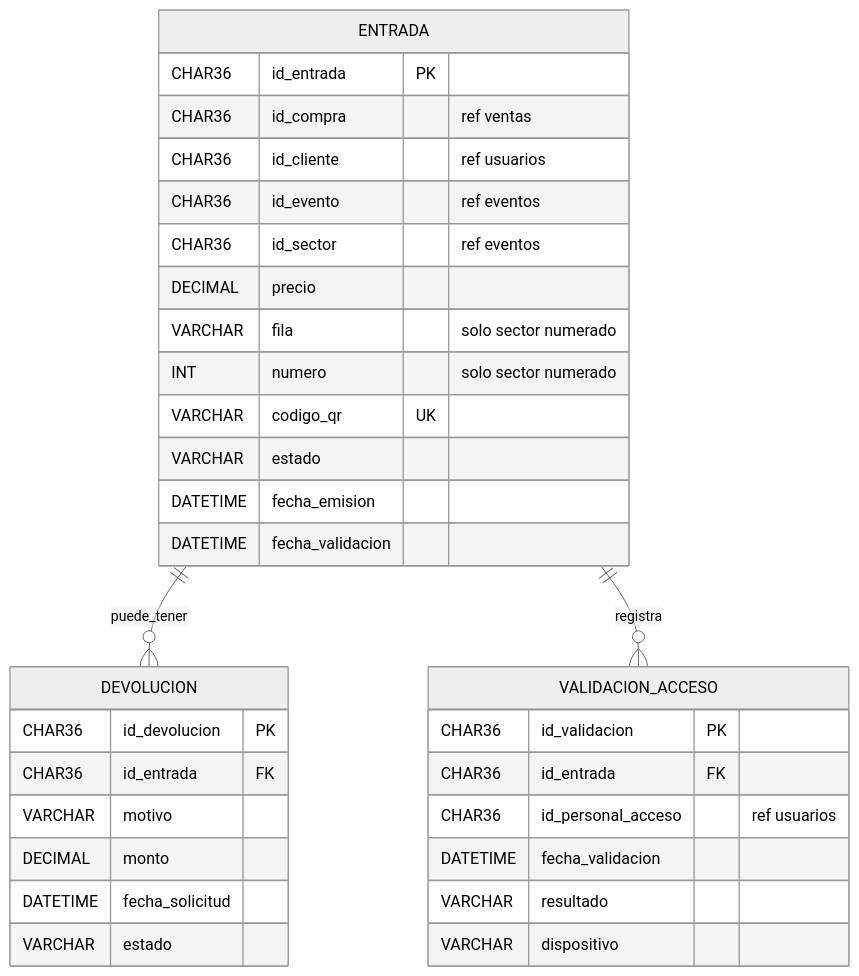
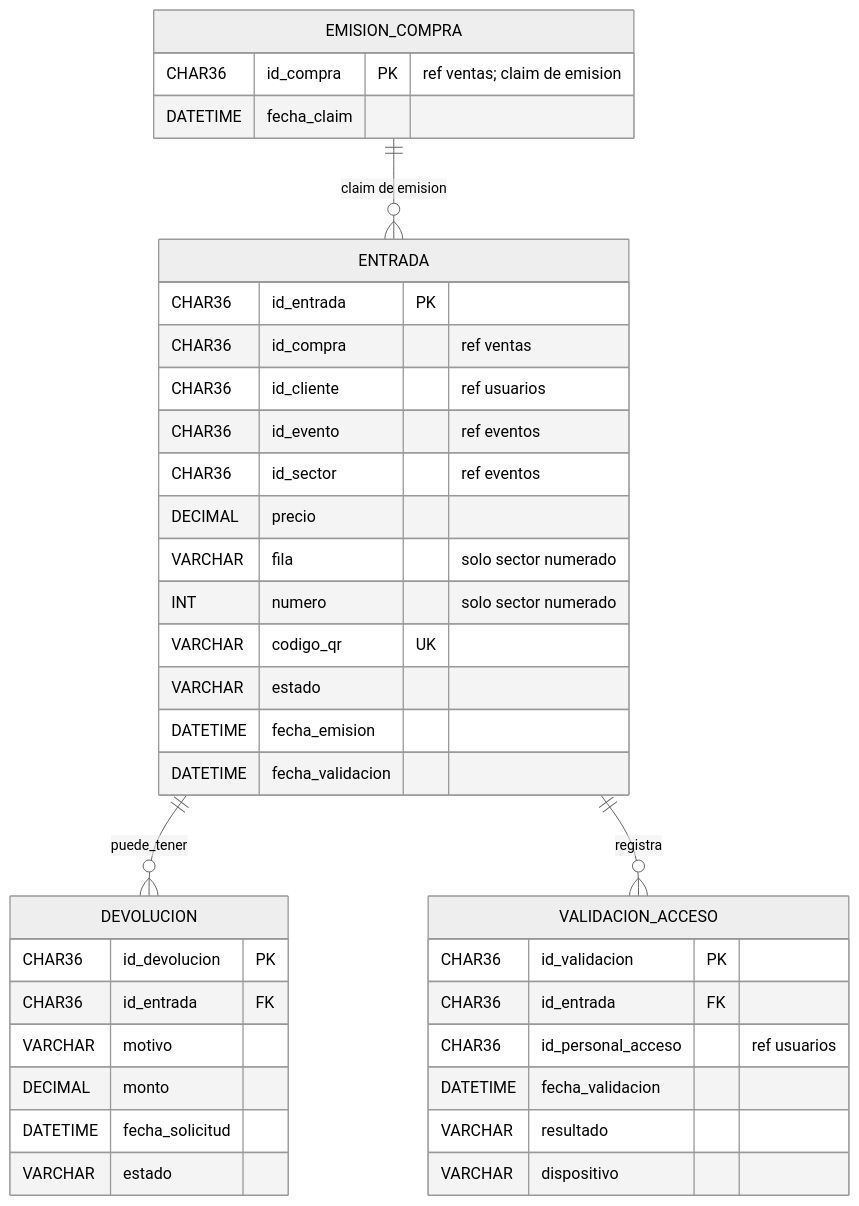
Before and after one commit to florAlar/ticketYa: the fourth of 5 diagrams in Backend/docs/modelo-datos.md, drawn with Mermaid (neutral theme). The commit also changed other lines of this file and 4 other files, not shown here.

````diff
--- a/Backend/docs/modelo-datos.md
+++ b/Backend/docs/modelo-datos.md
@@ -193,36 +193,41 @@
 ```mermaid
 erDiagram
     ENTRADA ||--o{ DEVOLUCION : puede_tener
     ENTRADA ||--o{ VALIDACION_ACCESO : registra
+    EMISION_COMPRA ||--o{ ENTRADA : "claim de emision"
 
+    EMISION_COMPRA {
+        CHAR36 id_compra PK "ref ventas; claim de emision"
+        DATETIME fecha_claim
+    }
     ENTRADA {
         CHAR36 id_entrada PK
         CHAR36 id_compra "ref ventas"
         CHAR36 id_cliente "ref usuarios"
         CHAR36 id_evento "ref eventos"
         CHAR36 id_sector "ref eventos"
         DECIMAL precio
         VARCHAR fila "solo sector numerado"
         INT numero "solo sector numerado"
         VARCHAR codigo_qr UK
         VARCHAR estado
         DATETIME fecha_emision
         DATETIME fecha_validacion
     }
     DEVOLUCION {
         CHAR36 id_devolucion PK
         CHAR36 id_entrada FK
         VARCHAR motivo
         DECIMAL monto
         DATETIME fecha_solicitud
         VARCHAR estado
     }
     VALIDACION_ACCESO {
         CHAR36 id_validacion PK
         CHAR36 id_entrada FK
         CHAR36 id_personal_acceso "ref usuarios"
         DATETIME fecha_validacion
         VARCHAR resultado
         VARCHAR dispositivo
     }
 ```
````
